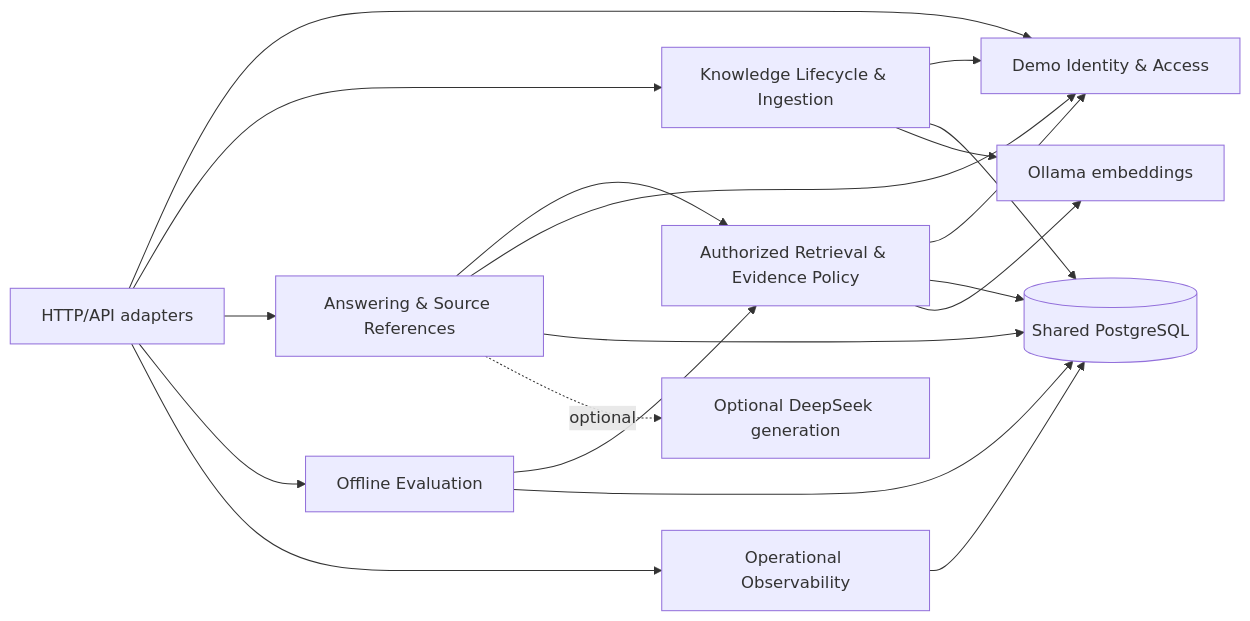
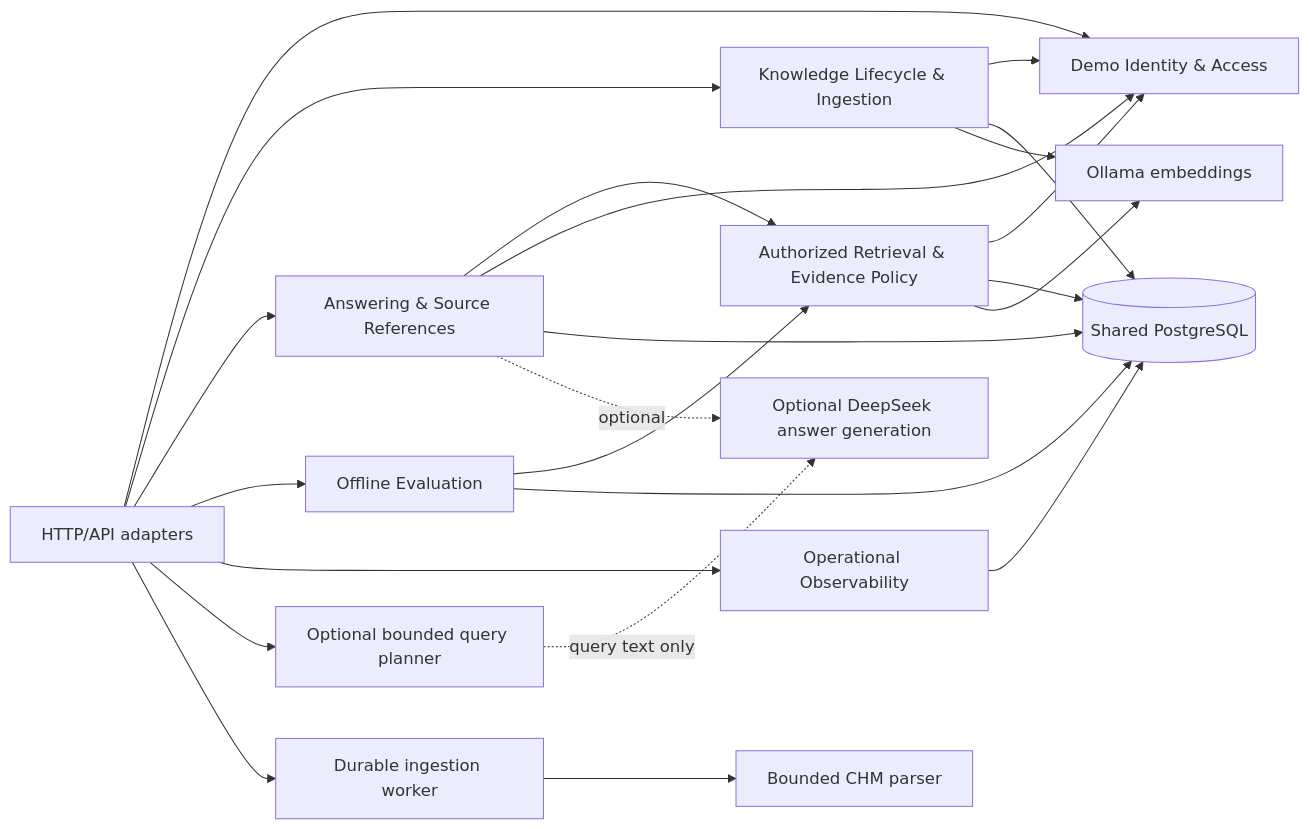
Before and after one commit to chen3862000-coder/enterprise-rag-assistant: the second of 4 diagrams in docs/ddd-system-design.md, drawn with Mermaid. The commit also changed other lines of this file and 98 other files, not shown here.

````diff
--- a/docs/ddd-system-design.md
+++ b/docs/ddd-system-design.md
@@ -41,32 +46,39 @@
 ```mermaid
 flowchart LR
     Identity[Demo Identity & Access]
     Knowledge[Knowledge Lifecycle & Ingestion]
     Retrieval[Authorized Retrieval & Evidence Policy]
     Answering[Answering & Source References]
     Evaluation[Offline Evaluation]
     Observability[Operational Observability]
     HTTP[HTTP/API adapters]
     DB[(Shared PostgreSQL)]
     Embed[Ollama embeddings]
-    LLM[Optional DeepSeek generation]
+    Planner[Optional bounded query planner]
+    LLM[Optional DeepSeek answer generation]
+    Worker[Durable ingestion worker]
+    CHM[Bounded CHM parser]
 
     HTTP --> Identity
     HTTP --> Knowledge
     HTTP --> Answering
     HTTP --> Evaluation
     HTTP --> Observability
+    HTTP --> Planner
+    HTTP --> Worker
     Knowledge --> Identity
     Retrieval --> Identity
     Answering --> Retrieval
     Answering --> Identity
     Evaluation --> Retrieval
     Knowledge --> DB
     Retrieval --> DB
     Answering --> DB
     Evaluation --> DB
     Observability --> DB
     Knowledge --> Embed
     Retrieval --> Embed
+    Worker --> CHM
+    Planner -. query text only .-> LLM
     Answering -. optional .-> LLM
 ```
````
